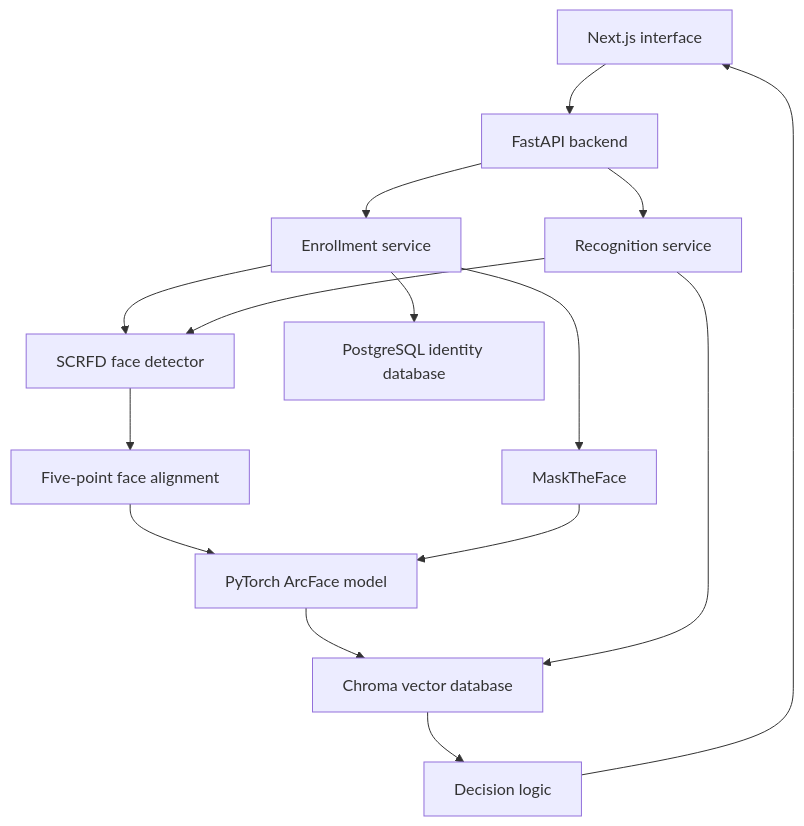
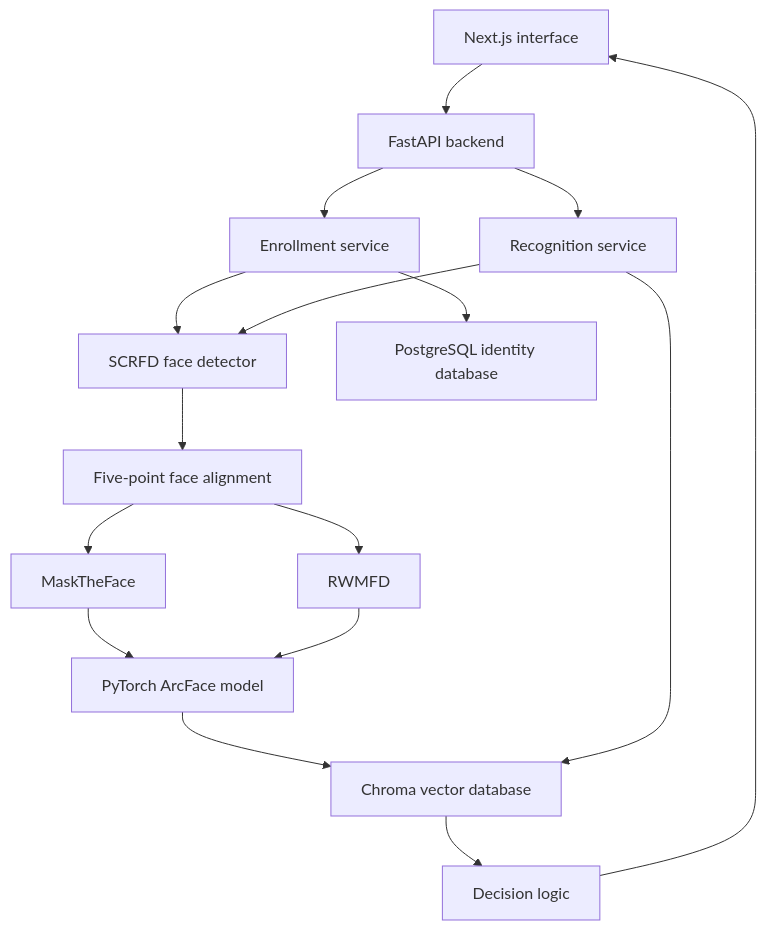
One commit to varunaditya27/Project_ARGUS changed the second of 2 diagrams in docs/design.md. Above: the diagram before and after it, drawn with Mermaid.

Commit message:
design image changes

````diff
--- a/docs/design.md
+++ b/docs/design.md
@@ -48,23 +48,24 @@
 ``` mermaid
 flowchart TB
     UI["Next.js interface"] --> API["FastAPI backend"]
 
     API --> ENROLL["Enrollment service"]
     API --> RECOGNIZE["Recognition service"]
 
     ENROLL --> SCRFD["SCRFD face detector"]
     RECOGNIZE --> SCRFD
 
     SCRFD --> ALIGN["Five-point face alignment"]
-    ALIGN --> ARCFACE["PyTorch ArcFace model"]
+    ALIGN --> MASK1["MaskTheFace"]
+    ALIGN --> MASK2["RWMFD"]
 
-    ENROLL --> MASK["MaskTheFace"]
-    MASK --> ARCFACE
+    MASK1["MaskTheFace"] --> ARCFACE["PyTorch ArcFace model"]
+    MASK2["RWMFD"] --> ARCFACE["PyTorch ArcFace model"]
 
     ARCFACE --> CHROMA["Chroma vector database"]
     ENROLL --> POSTGRESQL["PostgreSQL identity database"]
 
     RECOGNIZE --> CHROMA
     CHROMA --> DECISION["Decision logic"]
     DECISION --> UI
 ```
````
